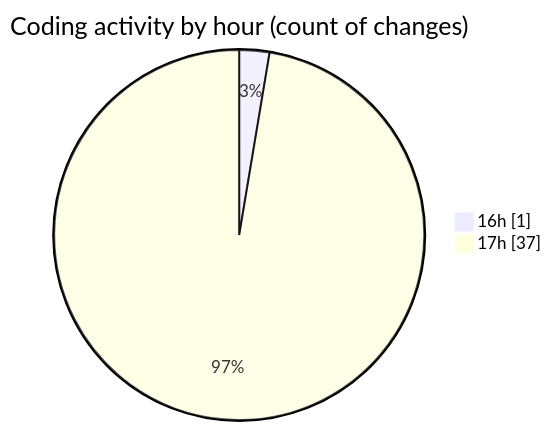
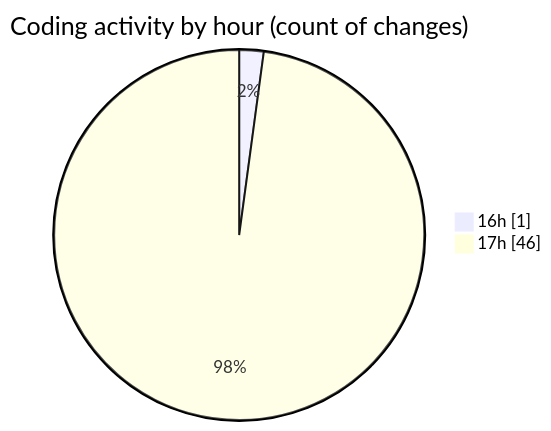
Before and after one commit to idhammustaqopulfikri/code-tracking: the second of 2 diagrams in 2025-05-27/studio-backend/README.md, drawn with Mermaid. The commit also changed other lines of this file and 1 other file, not shown here.

````diff
--- a/2025-05-27/studio-backend/README.md
+++ b/2025-05-27/studio-backend/README.md
@@ -50,6 +50,6 @@
 ```mermaid
 pie showData
 title Coding activity by hour (count of changes)
 "16h" : 1
-"17h" : 37
+"17h" : 46
 ```
````
